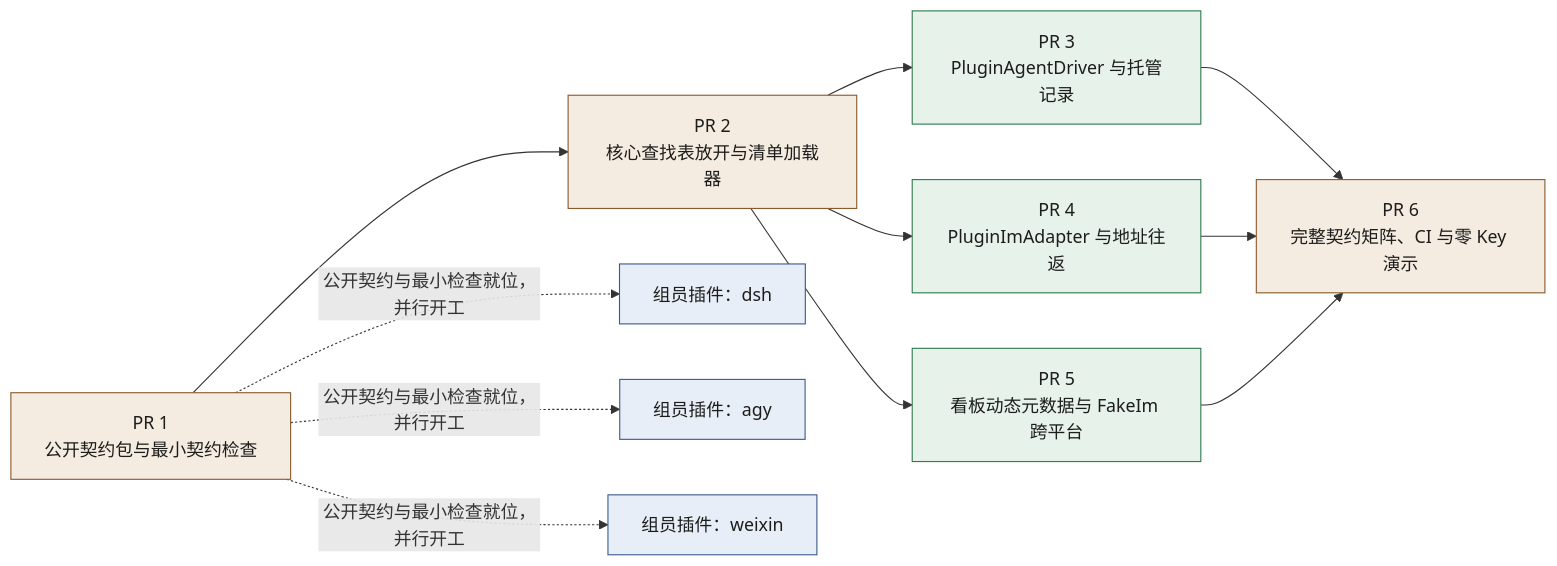
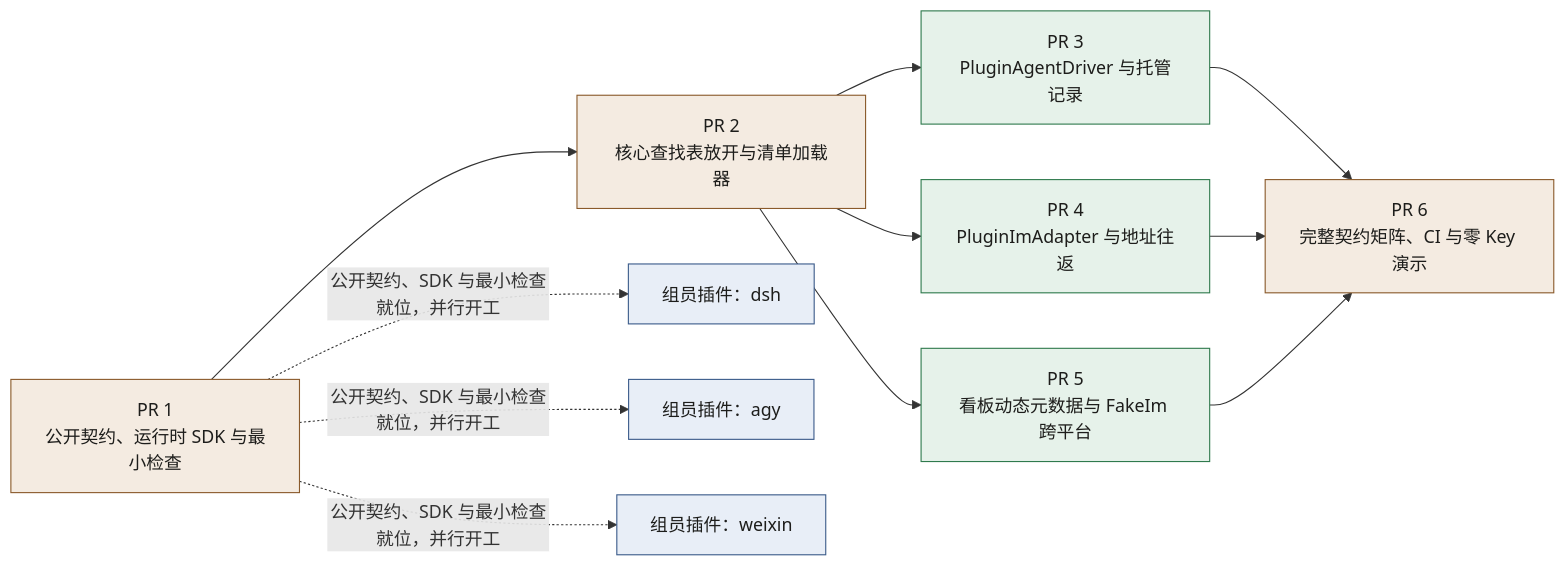
The third of 3 diagrams in docs/spec/plugins.md (Rhapsody0x1/Rhodium-OSS), drawn with Mermaid before and after one commit. The commit also changed other lines of this file and 1 other file, not shown here.

Commit message:
docs: add plugin SDK runtime helpers and deliver in PR 1

````diff
--- a/docs/spec/plugins.md
+++ b/docs/spec/plugins.md
@@ -631,29 +700,29 @@
 ```mermaid
 flowchart LR
   classDef core fill:#f4ebe1,stroke:#8a5a2b,color:#1d1d1b
   classDef par fill:#e6f2ea,stroke:#2f7a4d,color:#1d1d1b
   classDef ext fill:#e8eef7,stroke:#3b5b8a,color:#1d1d1b
 
-  P1["PR 1<br/>公开契约包与最小契约检查"]:::core
+  P1["PR 1<br/>公开契约、运行时 SDK 与最小检查"]:::core
   P2["PR 2<br/>核心查找表放开与清单加载器"]:::core
   P3["PR 3<br/>PluginAgentDriver 与托管记录"]:::par
   P4["PR 4<br/>PluginImAdapter 与地址往返"]:::par
   P5["PR 5<br/>看板动态元数据与 FakeIm 跨平台"]:::par
   P6["PR 6<br/>完整契约矩阵、CI 与零 Key 演示"]:::core
 
   M1["组员插件：dsh"]:::ext
   M2["组员插件：agy"]:::ext
   M3["组员插件：weixin"]:::ext
 
   P1 --> P2
   P2 --> P3
   P2 --> P4
   P2 --> P5
   P3 --> P6
   P4 --> P6
   P5 --> P6
 
-  P1 -. "公开契约与最小检查就位，并行开工" .-> M1
-  P1 -. "公开契约与最小检查就位，并行开工" .-> M2
-  P1 -. "公开契约与最小检查就位，并行开工" .-> M3
+  P1 -. "公开契约、SDK 与最小检查就位，并行开工" .-> M1
+  P1 -. "公开契约、SDK 与最小检查就位，并行开工" .-> M2
+  P1 -. "公开契约、SDK 与最小检查就位，并行开工" .-> M3
 ```
````
